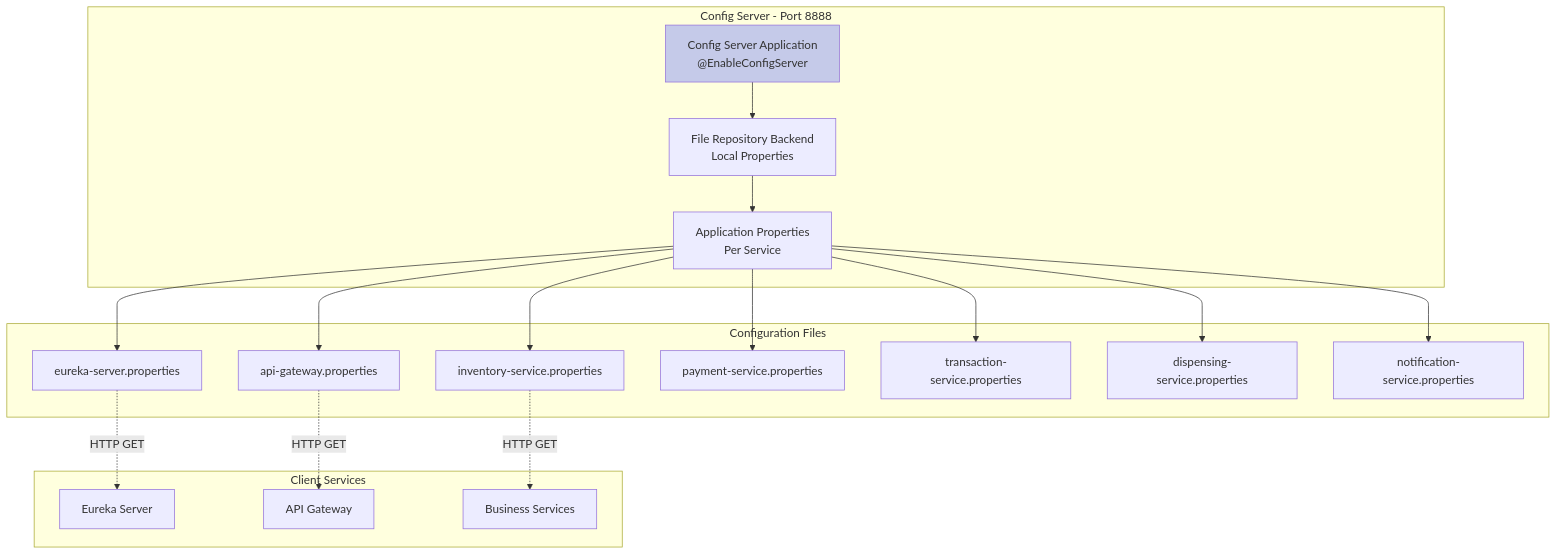
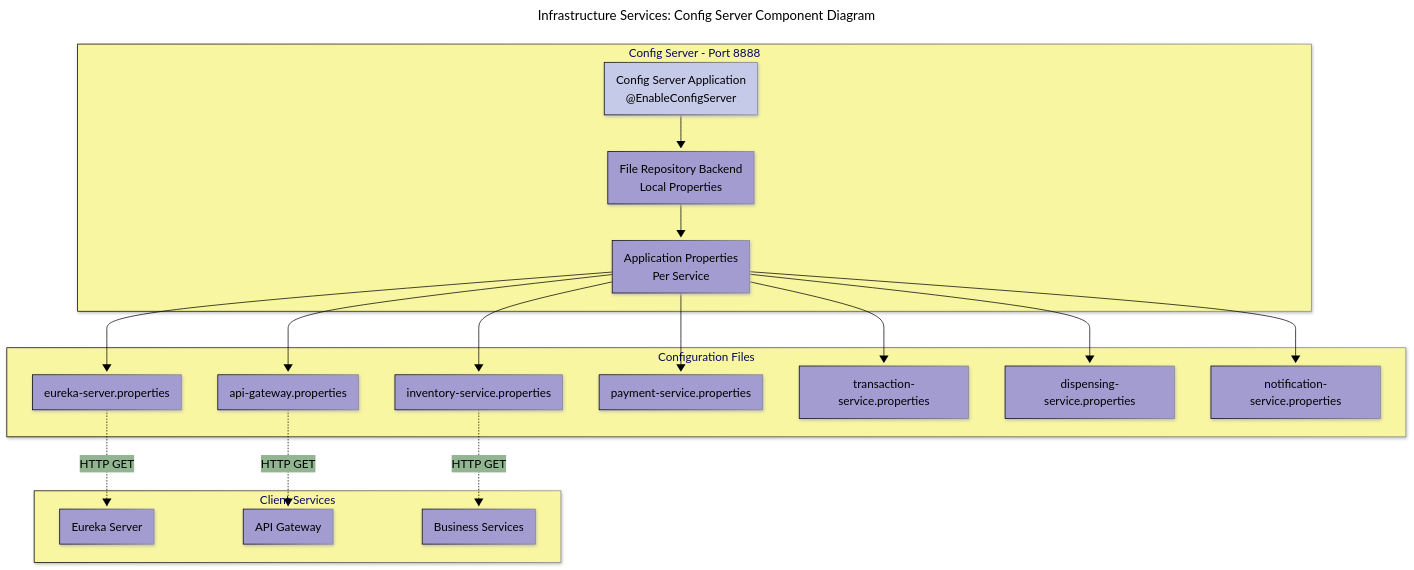
One commit to BrunoGil-AS/Vending-Machine-Microservices changed the second of 8 diagrams in Documentation/diagrams/infrastructure-services.md. Above: the diagram before and after it, drawn with Mermaid. The commit also changed other lines of this file and 7 other files, not shown here.

Commit message:
docs: Update service diagrams with new configurations and titles

````diff
--- a/Documentation/diagrams/infrastructure-services.md
+++ b/Documentation/diagrams/infrastructure-services.md
@@ -89,41 +103,55 @@
 ```mermaid
+---
+config:
+  theme: base
+  themeVariables:
+    primaryColor: '#a39cd1ff'
+    primaryTextColor: '#000000'
+    secondaryTextColor: '#ffffffff'
+    primaryBorderColor: '#000000'
+    lineColor: '#000000ff'
+    secondaryColor: '#90b590ff'
+    tertiaryColor: '#f9f6a1ff'
+  look: neo
+title: 'Infrastructure Services: Config Server Component Diagram'
+---
 graph TB
     subgraph "Config Server - Port 8888"
         CONFIG_APP[Config Server Application<br/>@EnableConfigServer]
         FILE_REPO[File Repository Backend<br/>Local Properties]
         CONFIG_PROPS[Application Properties<br/>Per Service]
     end
 
     subgraph "Client Services"
         EUREKA[Eureka Server]
         GATEWAY[API Gateway]
         BUSINESS[Business Services]
     end
 
     subgraph "Configuration Files"
         EUREKA_PROPS[eureka-server.properties]
         GATEWAY_PROPS[api-gateway.properties]
         INVENTORY_PROPS[inventory-service.properties]
         PAYMENT_PROPS[payment-service.properties]
         TRANSACTION_PROPS[transaction-service.properties]
         DISPENSING_PROPS[dispensing-service.properties]
         NOTIFICATION_PROPS[notification-service.properties]
     end
 
     CONFIG_APP --> FILE_REPO
     FILE_REPO --> CONFIG_PROPS
 
     CONFIG_PROPS --> EUREKA_PROPS
     CONFIG_PROPS --> GATEWAY_PROPS
     CONFIG_PROPS --> INVENTORY_PROPS
     CONFIG_PROPS --> PAYMENT_PROPS
     CONFIG_PROPS --> TRANSACTION_PROPS
     CONFIG_PROPS --> DISPENSING_PROPS
     CONFIG_PROPS --> NOTIFICATION_PROPS
 
     EUREKA_PROPS -.->|HTTP GET| EUREKA
     GATEWAY_PROPS -.->|HTTP GET| GATEWAY
     INVENTORY_PROPS -.->|HTTP GET| BUSINESS
 
     style CONFIG_APP fill:#c5cae9
 ```
````
